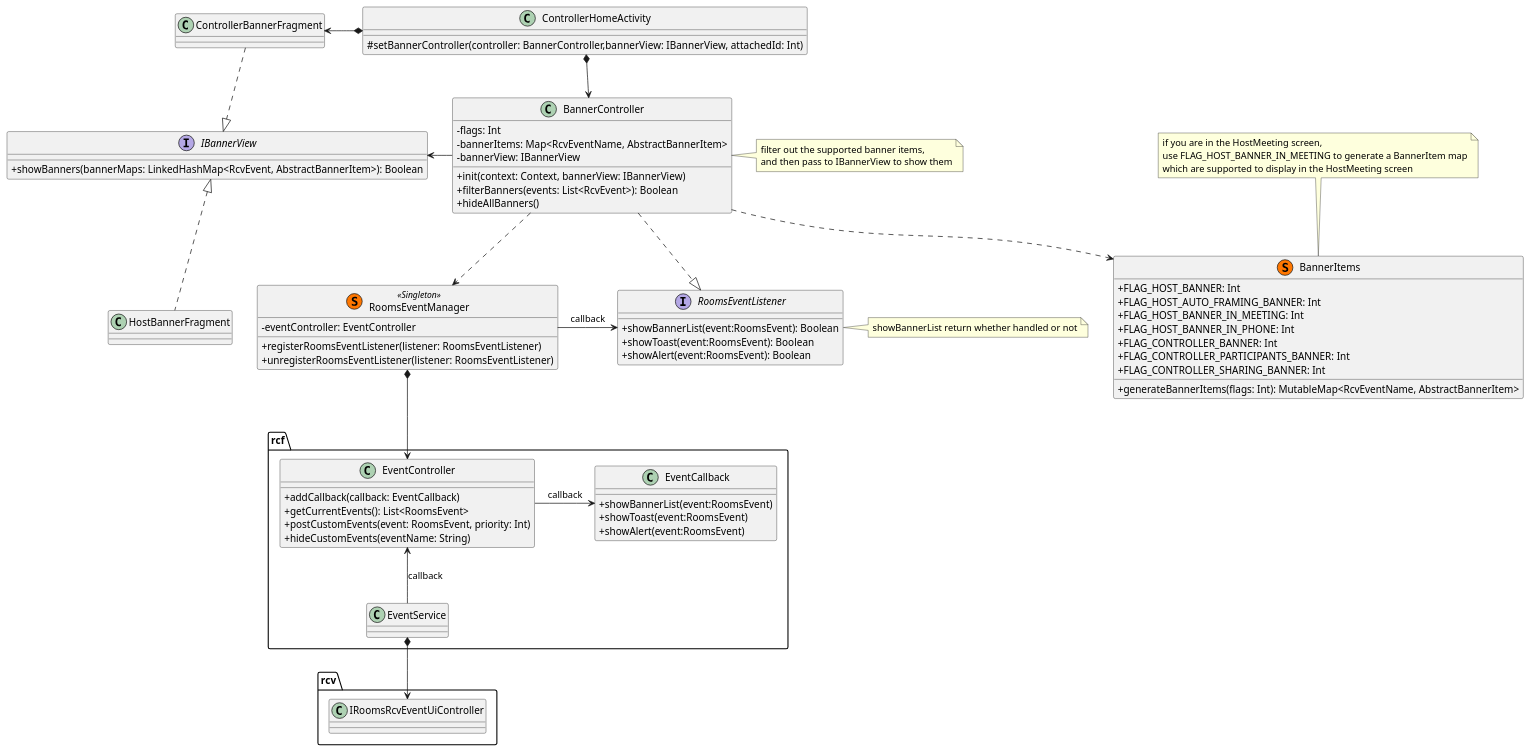
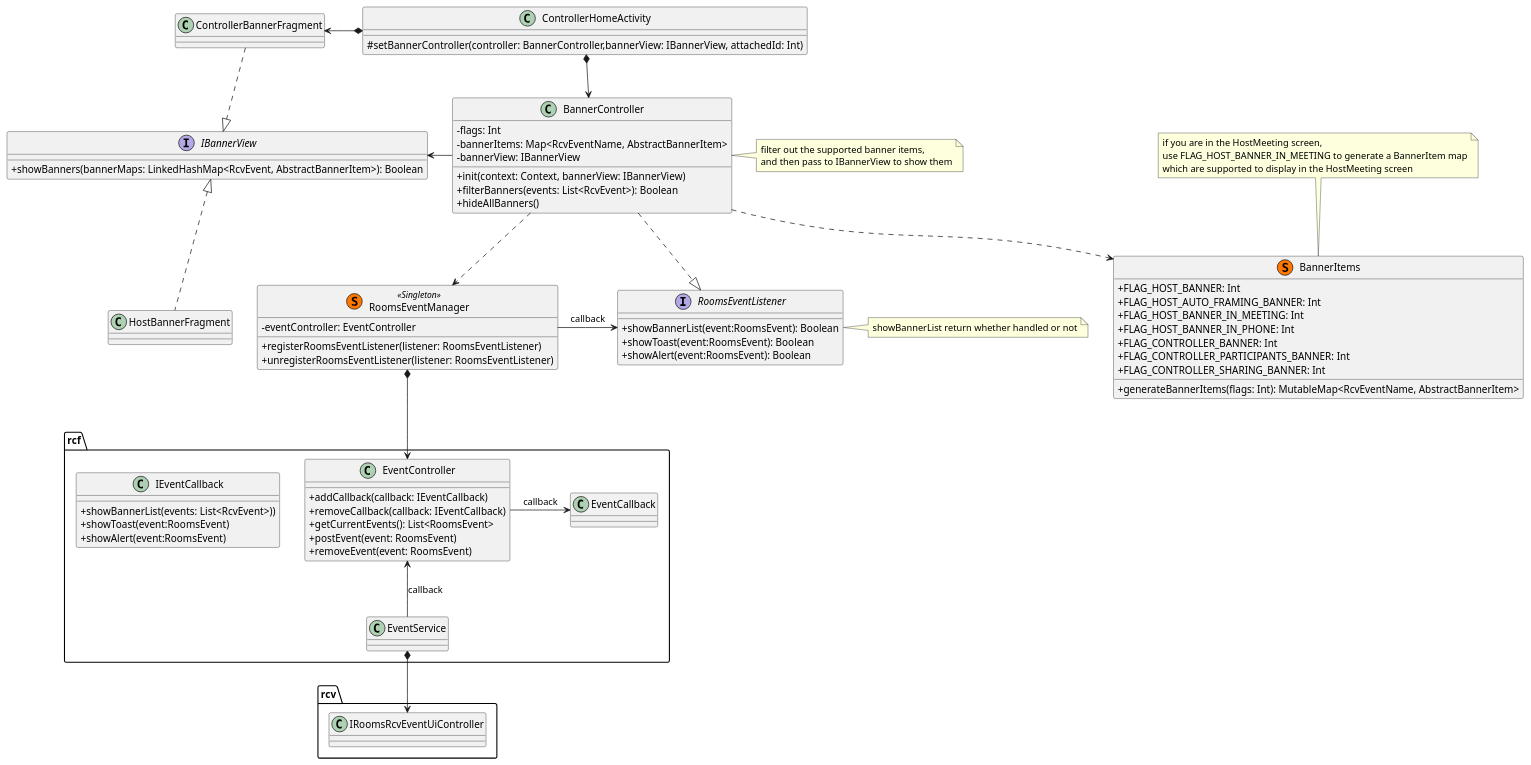
Before and after one commit to DarkSherlock/PlantUML: the diagram in uml/event/RoomsEventClassDiagram.puml, drawn with PlantUML.

Commit message:
update events diagram

```diff
--- a/uml/event/RoomsEventClassDiagram.puml
+++ b/uml/event/RoomsEventClassDiagram.puml
@@ -1,99 +1,100 @@
 @startuml
 'https://plantuml.com/class-diagram
 skinparam classAttributeIconSize 0
 
 ControllerHomeActivity *-down-> BannerController
 ControllerHomeActivity *-left-> ControllerBannerFragment
 
 ControllerBannerFragment ..|> IBannerView
 HostBannerFragment .up.|> IBannerView
 
 BannerController .down.|> RoomsEventListener
 BannerController .down.> RoomsEventManager
 BannerController .down.> BannerItems
 BannerController -left-> IBannerView
 
 RoomsEventManager *-down-> rcf.EventController
 RoomsEventManager -right-> RoomsEventListener: callback
 
 
 rcf.EventController -right-> rcf.EventCallback: callback
 rcf.EventService -up-> rcf.EventController: callback
 rcf.EventService *-down-> rcv.IRoomsRcvEventUiController
 
 class ControllerHomeActivity {
     # setBannerController(controller: BannerController,bannerView: IBannerView, attachedId: Int)
 }
 
 class HostBannerFragment
 class ControllerBannerFragment
 
 note top of BannerItems
     if you are in the HostMeeting screen,
     use FLAG_HOST_BANNER_IN_MEETING to generate a BannerItem map
     which are supported to display in the HostMeeting screen
 end note
 class BannerItems<< (S, #FF7700) >> {
     + FLAG_HOST_BANNER: Int
     + FLAG_HOST_AUTO_FRAMING_BANNER: Int
     + FLAG_HOST_BANNER_IN_MEETING: Int
     + FLAG_HOST_BANNER_IN_PHONE: Int
     + FLAG_CONTROLLER_BANNER: Int
     + FLAG_CONTROLLER_PARTICIPANTS_BANNER: Int
     + FLAG_CONTROLLER_SHARING_BANNER: Int
     + generateBannerItems(flags: Int): MutableMap<RcvEventName, AbstractBannerItem>
 }
 
 note right of BannerController
     filter out the supported banner items,
     and then pass to IBannerView to show them
 end note
 class BannerController {
     - flags: Int
     - bannerItems: Map<RcvEventName, AbstractBannerItem>
     - bannerView: IBannerView
     + init(context: Context, bannerView: IBannerView)
     + filterBanners(events: List<RcvEvent>): Boolean
     + hideAllBanners()
 }
 
 interface IBannerView {
     + showBanners(bannerMaps: LinkedHashMap<RcvEvent, AbstractBannerItem>): Boolean
 }
 
 class RoomsEventManager<< (S, #FF7700) Singleton>> {
     - eventController: EventController
     + registerRoomsEventListener(listener: RoomsEventListener)
     + unregisterRoomsEventListener(listener: RoomsEventListener)
 }
 
 note right of RoomsEventListener
     showBannerList return whether handled or not
 end note
 interface RoomsEventListener {
     + showBannerList(event:RoomsEvent): Boolean
     + showToast(event:RoomsEvent): Boolean
     + showAlert(event:RoomsEvent): Boolean
 }
 
 namespace rcf {
     class EventController {
-        + addCallback(callback: EventCallback)
+        + addCallback(callback: IEventCallback)
+        + removeCallback(callback: IEventCallback)
         + getCurrentEvents(): List<RoomsEvent>
-        + postCustomEvents(event: RoomsEvent, priority: Int)
-        + hideCustomEvents(eventName: String)
+        + postEvent(event: RoomsEvent)
+        + removeEvent(event: RoomsEvent)
     }
 
-    class EventCallback {
-        + showBannerList(event:RoomsEvent)
+    class IEventCallback {
+        + showBannerList(events: List<RcvEvent>))
         + showToast(event:RoomsEvent)
         + showAlert(event:RoomsEvent)
     }
 
     class EventService
 }
 
 namespace rcv {
     class IRoomsRcvEventUiController
 }
 @enduml
```
